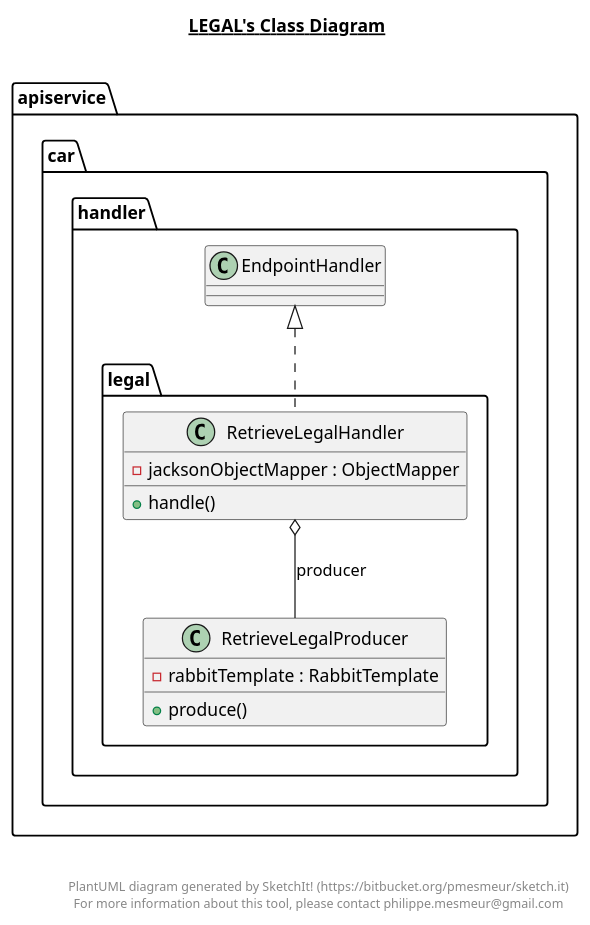
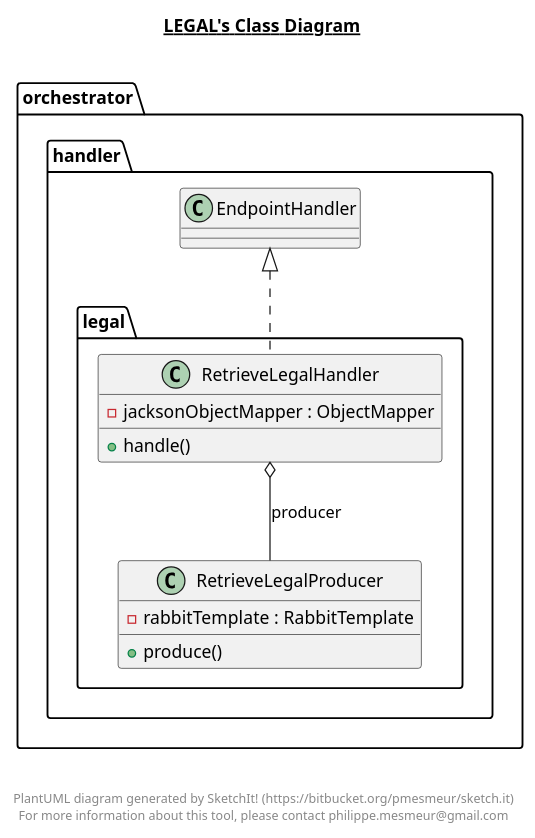
Before and after one commit to marcllort/Car_Rental_Monorepo: the diagram in orchestrator/src/main/java/orchestrator/handler/legal/legal.plantuml, drawn with PlantUML. The commit also changed 21 other files, not shown here.

Commit message:
Added diagrams

```diff
--- a/orchestrator/src/main/java/orchestrator/handler/legal/legal.plantuml
+++ b/orchestrator/src/main/java/orchestrator/handler/legal/legal.plantuml
@@ -1,40 +1,40 @@
 @startuml
 
 title __LEGAL's Class Diagram__\n
 
-  namespace apiservice.car {
+  namespace orchestrator {
     namespace handler {
       namespace legal {
-        class apiservice.car.handler.legal.RetrieveLegalHandler {
+        class orchestrator.handler.legal.RetrieveLegalHandler {
             - jacksonObjectMapper : ObjectMapper
             + handle()
         }
       }
     }
   }
   
 
-  namespace apiservice.car {
+  namespace orchestrator {
     namespace handler {
       namespace legal {
-        class apiservice.car.handler.legal.RetrieveLegalProducer {
+        class orchestrator.handler.legal.RetrieveLegalProducer {
             - rabbitTemplate : RabbitTemplate
             + produce()
         }
       }
     }
   }
   
 
-  apiservice.car.handler.legal.RetrieveLegalHandler .up.|> apiservice.car.handler.EndpointHandler
-  apiservice.car.handler.legal.RetrieveLegalHandler o-- apiservice.car.handler.legal.RetrieveLegalProducer : producer
+  orchestrator.handler.legal.RetrieveLegalHandler .up.|> orchestrator.handler.EndpointHandler
+  orchestrator.handler.legal.RetrieveLegalHandler o-- orchestrator.handler.legal.RetrieveLegalProducer : producer
 
 
 right footer
 
 
 PlantUML diagram generated by SketchIt! (https://bitbucket.org/pmesmeur/sketch.it)
 For more information about this tool, please contact philippe.mesmeur@gmail.com
 endfooter
 
 @enduml
```
